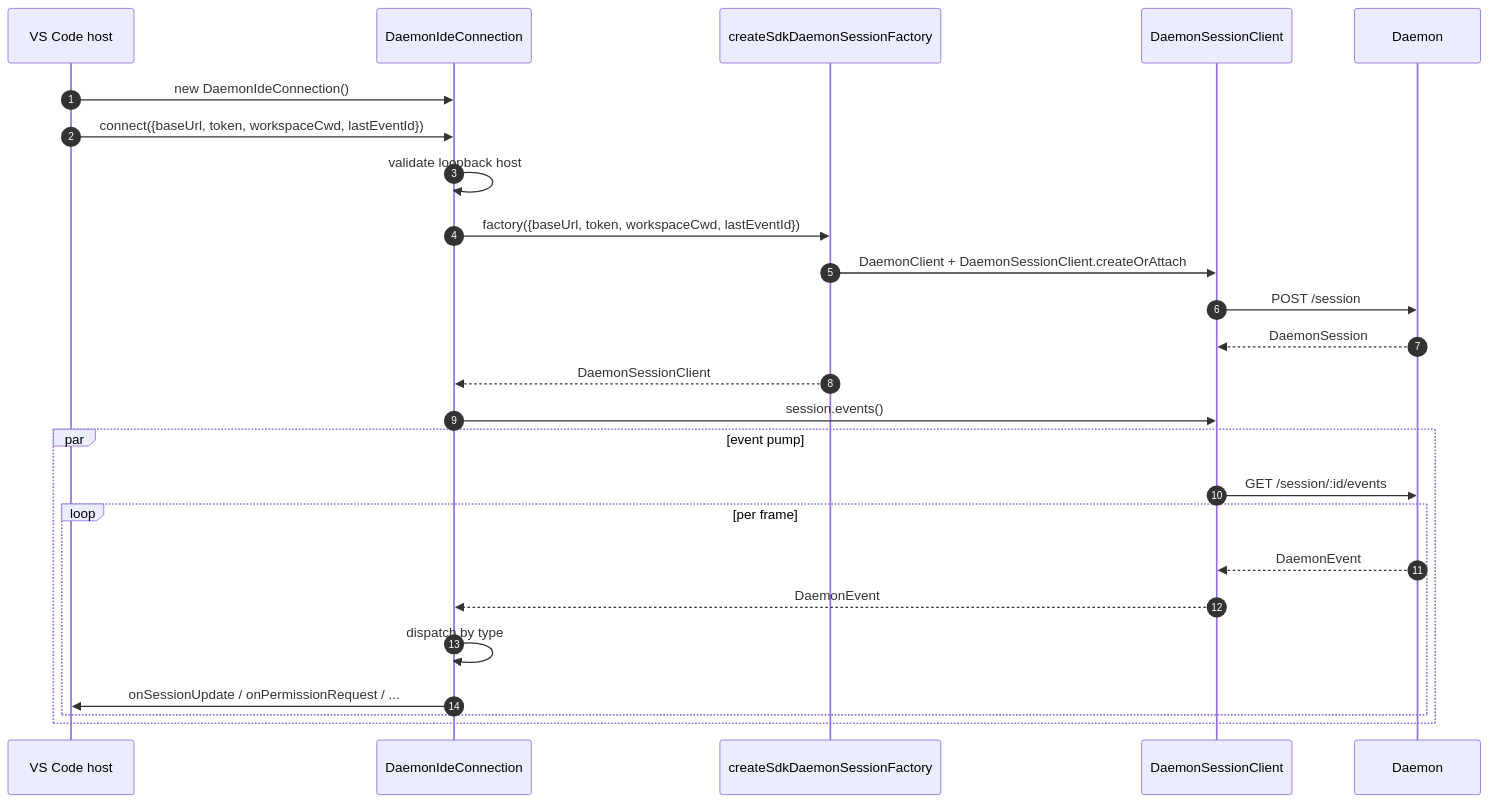
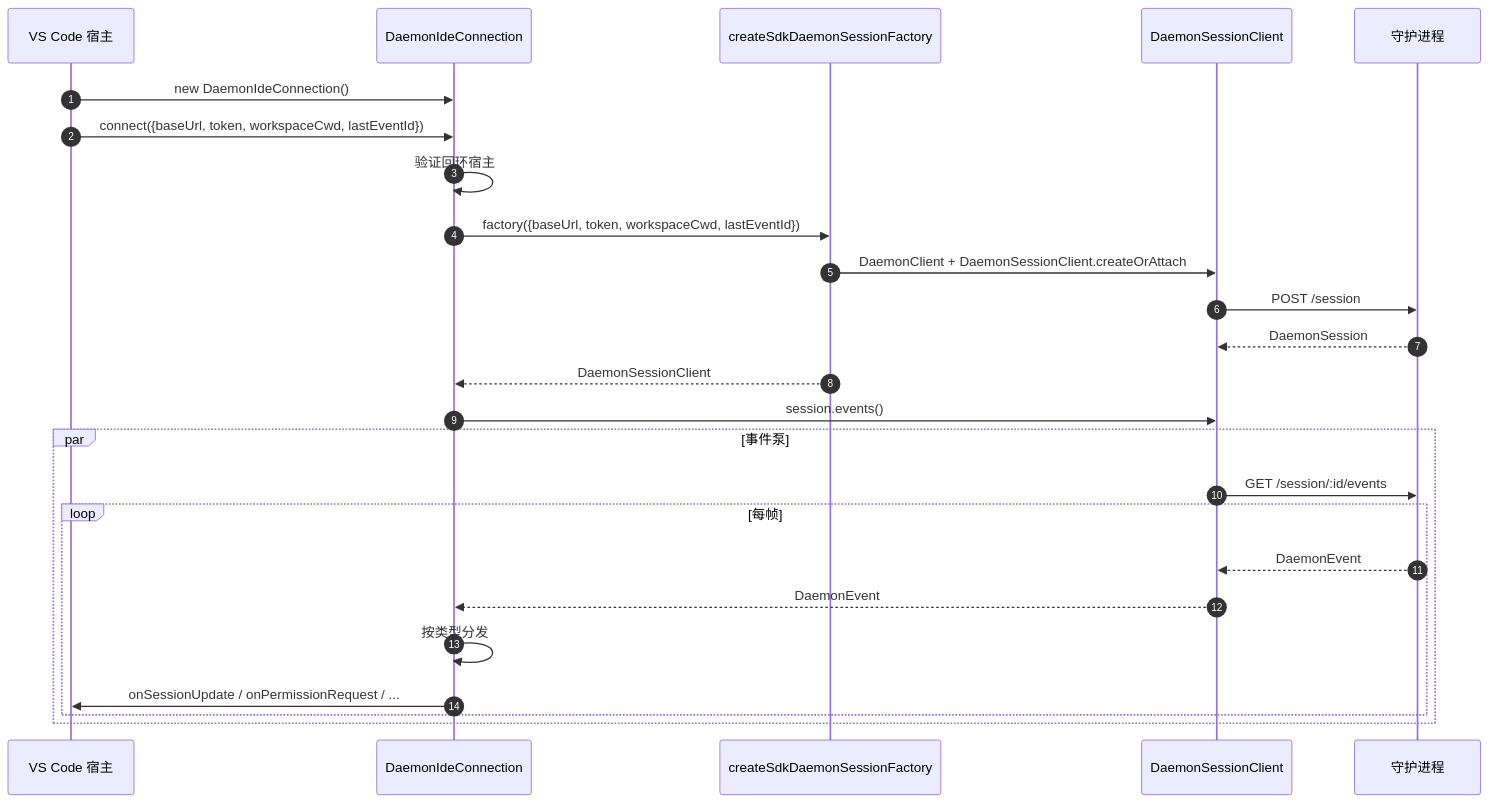
The first of 3 diagrams in website/content/zh/developers/daemon/16-vscode-ide-adapter.md (QwenLM/qwen-code-docs), drawn with Mermaid before and after one commit. The commit also changed other lines of this file and 1077 other files, not shown here.

````diff
--- a/website/content/zh/developers/daemon/16-vscode-ide-adapter.md
+++ b/website/content/zh/developers/daemon/16-vscode-ide-adapter.md
@@ -93,28 +93,28 @@
 ```mermaid
 sequenceDiagram
     autonumber
-    participant H as VS Code host
+    participant H as VS Code 宿主
     participant C as DaemonIdeConnection
     participant F as createSdkDaemonSessionFactory
     participant SDK as DaemonSessionClient
-    participant D as Daemon
+    participant D as 守护进程
 
     H->>C: new DaemonIdeConnection()
     H->>C: connect({baseUrl, token, workspaceCwd, lastEventId})
-    C->>C: validate loopback host
+    C->>C: 验证回环宿主
     C->>F: factory({baseUrl, token, workspaceCwd, lastEventId})
     F->>SDK: DaemonClient + DaemonSessionClient.createOrAttach
     SDK->>D: POST /session
     D-->>SDK: DaemonSession
     F-->>C: DaemonSessionClient
     C->>SDK: session.events()
-    par event pump
+    par 事件泵
         SDK->>D: GET /session/:id/events
-        loop per frame
+        loop 每帧
             D-->>SDK: DaemonEvent
             SDK-->>C: DaemonEvent
-            C->>C: dispatch by type
+            C->>C: 按类型分发
             C->>H: onSessionUpdate / onPermissionRequest / ...
         end
     end
 ```
````
